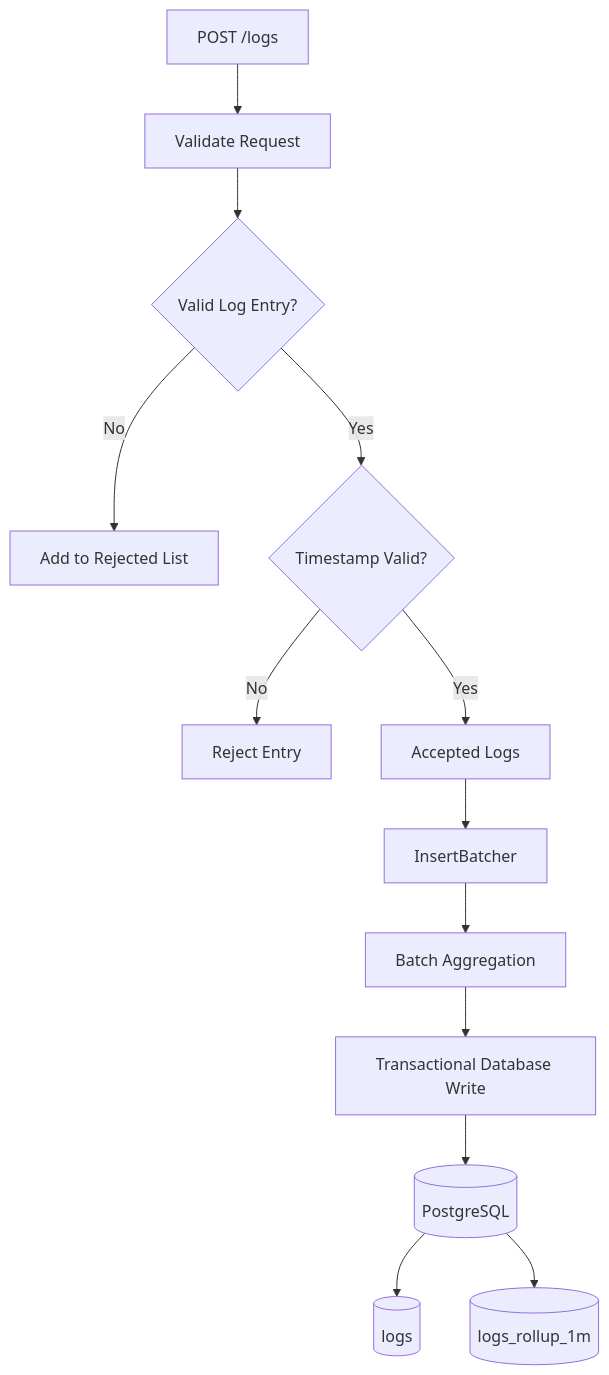
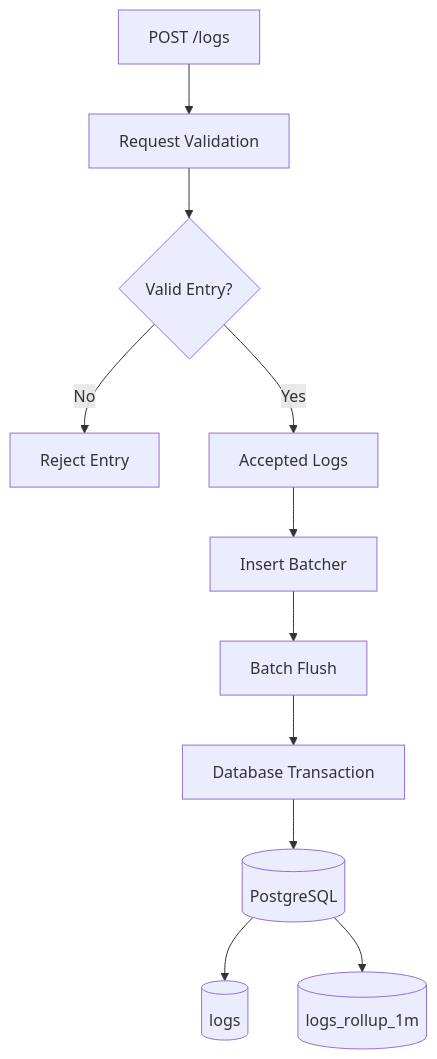
One commit to JanaThuluth/log-ingestion-service-final changed the third of 10 diagrams in README.md. Above: the diagram before and after it, drawn with Mermaid. The commit also changed other lines of this file, not shown here.

````diff
--- a/README.md
+++ b/README.md
@@ -105,46 +164,41 @@
 ```mermaid
 flowchart TD
 
     A["POST /logs"]
 
-    B["Validate Request"]
+    B["Request Validation"]
 
-    C{"Valid Log Entry?"}
+    C{"Valid Entry?"}
 
-    D["Add to Rejected List"]
+    D["Reject Entry"]
 
-    E{"Timestamp Valid?"}
+    E["Accepted Logs"]
 
-    F["Reject Entry"]
+    F["Insert Batcher"]
 
-    G["Accepted Logs"]
+    G["Batch Flush"]
 
-    H["InsertBatcher"]
+    H["Database Transaction"]
 
-    I["Batch Aggregation"]
+    I[("PostgreSQL")]
 
-    J["Transactional Database Write"]
+    J[("logs")]
 
-    K[("PostgreSQL")]
-
-    L[("logs")]
-
-    M[("logs_rollup_1m")]
+    K[("logs_rollup_1m")]
 
     A --> B
+
     B --> C
 
     C -->|No| D
     C -->|Yes| E
 
-    E -->|No| F
-    E -->|Yes| G
+    E --> F
+    F --> G
+    G --> H
 
-    G --> H
     H --> I
+
     I --> J
-    J --> K
-
-    K --> L
-    K --> M
+    I --> K
 ```
````
